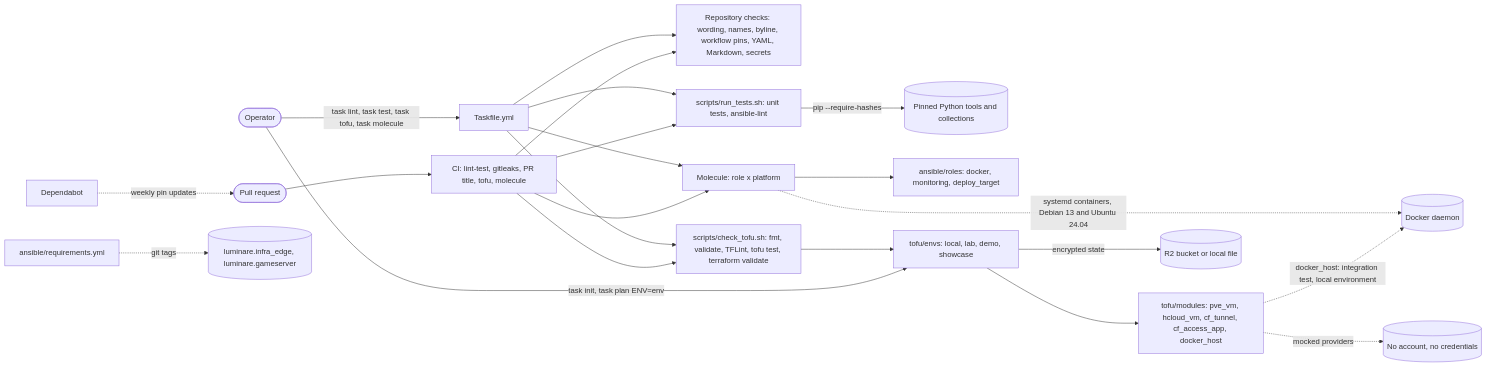
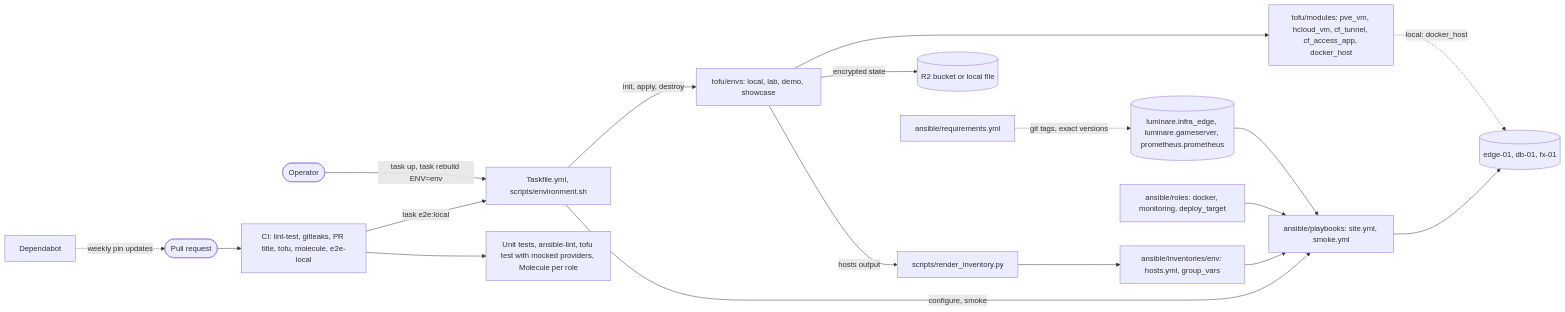
The diagram in README.md (luminare-dev/infra-edge-lab), drawn with Mermaid before and after one commit. The commit also changed other lines of this file and 55 other files, not shown here.

````diff
--- a/README.md
+++ b/README.md
@@ -79,24 +92,20 @@
 ```mermaid
 flowchart LR
-    operator(["Operator"]) -->|"task lint, task test, task tofu, task molecule"| taskfile["Taskfile.yml"]
-    pr(["Pull request"]) --> ci["CI: lint-test, gitleaks, PR title, tofu, molecule"]
+    operator(["Operator"]) -->|"task up, task rebuild ENV=env"| tasks["Taskfile.yml, scripts/environment.sh"]
+    pr(["Pull request"]) --> ci["CI: lint-test, gitleaks, PR title, tofu, molecule, e2e-local"]
+    ci -->|"task e2e:local"| tasks
     deps["Dependabot"] -.->|"weekly pin updates"| pr
-    taskfile --> checks["Repository checks: wording, names, byline, workflow pins, YAML, Markdown, secrets"]
-    ci --> checks
-    taskfile --> tests["scripts/run_tests.sh: unit tests, ansible-lint"]
-    ci --> tests
-    tests -->|"pip --require-hashes"| tools[("Pinned Python tools and collections")]
-    taskfile --> molecule["Molecule: role x platform"]
-    ci --> molecule
-    molecule --> roles["ansible/roles: docker, monitoring, deploy_target"]
-    molecule -.->|"systemd containers, Debian 13 and Ubuntu 24.04"| docker
-    requirements["ansible/requirements.yml"] -.->|"git tags"| collections[("luminare.infra_edge, luminare.gameserver")]
-    taskfile --> tofu["scripts/check_tofu.sh: fmt, validate, TFLint, tofu test, terraform validate"]
-    ci --> tofu
-    tofu --> envs["tofu/envs: local, lab, demo, showcase"]
-    operator -->|"task init, task plan ENV=env"| envs
+    tasks -->|"init, apply, destroy"| envs["tofu/envs: local, lab, demo, showcase"]
     envs --> modules["tofu/modules: pve_vm, hcloud_vm, cf_tunnel, cf_access_app, docker_host"]
     envs -->|"encrypted state"| state[("R2 bucket or local file")]
-    modules -.->|"mocked providers"| mocks[("No account, no credentials")]
-    modules -.->|"docker_host: integration test, local environment"| docker[("Docker daemon")]
+    envs -->|"hosts output"| render["scripts/render_inventory.py"]
+    render --> inventory["ansible/inventories/env: hosts.yml, group_vars"]
+    tasks -->|"configure, smoke"| site["ansible/playbooks: site.yml, smoke.yml"]
+    inventory --> site
+    requirements["ansible/requirements.yml"] -.->|"git tags, exact versions"| collections[("luminare.infra_edge, luminare.gameserver, prometheus.prometheus")]
+    collections --> site
+    roles["ansible/roles: docker, monitoring, deploy_target"] --> site
+    site --> hosts[("edge-01, db-01, fx-01")]
+    modules -.->|"local: docker_host"| hosts
+    ci --> checks["Unit tests, ansible-lint, tofu test with mocked providers, Molecule per role"]
 ```
````
